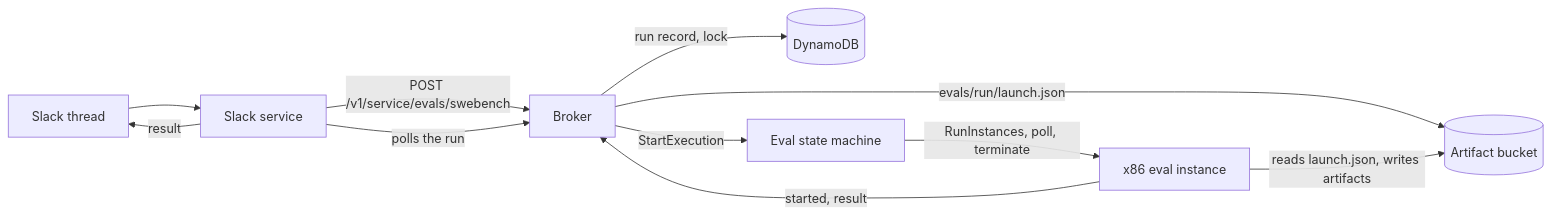
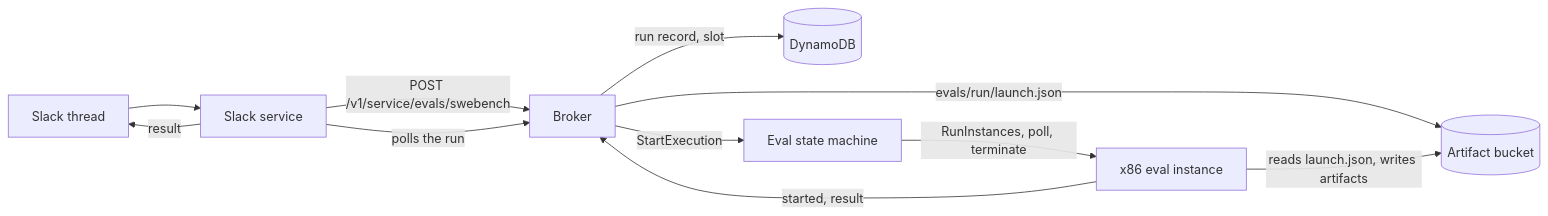
The diagram in docs/swebench-eval.md (PrepLabsAI/Rovara), drawn with Mermaid before and after one commit. The commit also changed other lines of this file and 1 other file, not shown here.

First line of the commit message:
docs(eval): batch usage, the slot limit, and the spec 052 release steps (spec 052 Ruling 31)

````diff
--- a/docs/swebench-eval.md
+++ b/docs/swebench-eval.md
@@ -56,13 +58,13 @@
 ```mermaid
 flowchart LR
   Slack[Slack thread] --> Service[Slack service]
   Service -->|POST /v1/service/evals/swebench| Broker
-  Broker -->|run record, lock| State[(DynamoDB)]
+  Broker -->|run record, slot| State[(DynamoDB)]
   Broker -->|evals/run/launch.json| Bucket[(Artifact bucket)]
   Broker -->|StartExecution| Machine[Eval state machine]
   Machine -->|RunInstances, poll, terminate| Instance[x86 eval instance]
   Instance -->|reads launch.json, writes artifacts| Bucket
   Instance -->|started, result| Broker
   Service -->|polls the run| Broker
   Service -->|result| Slack
 ```
````
